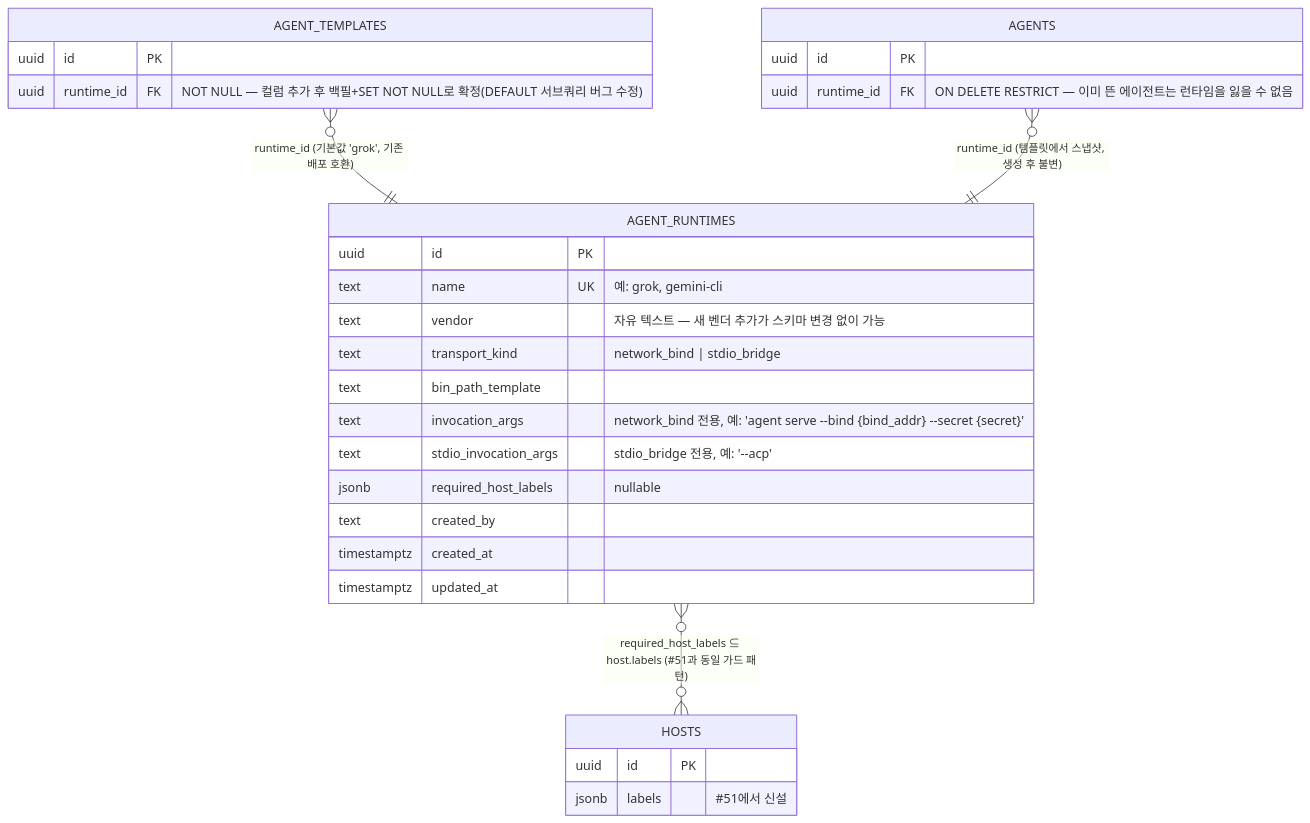
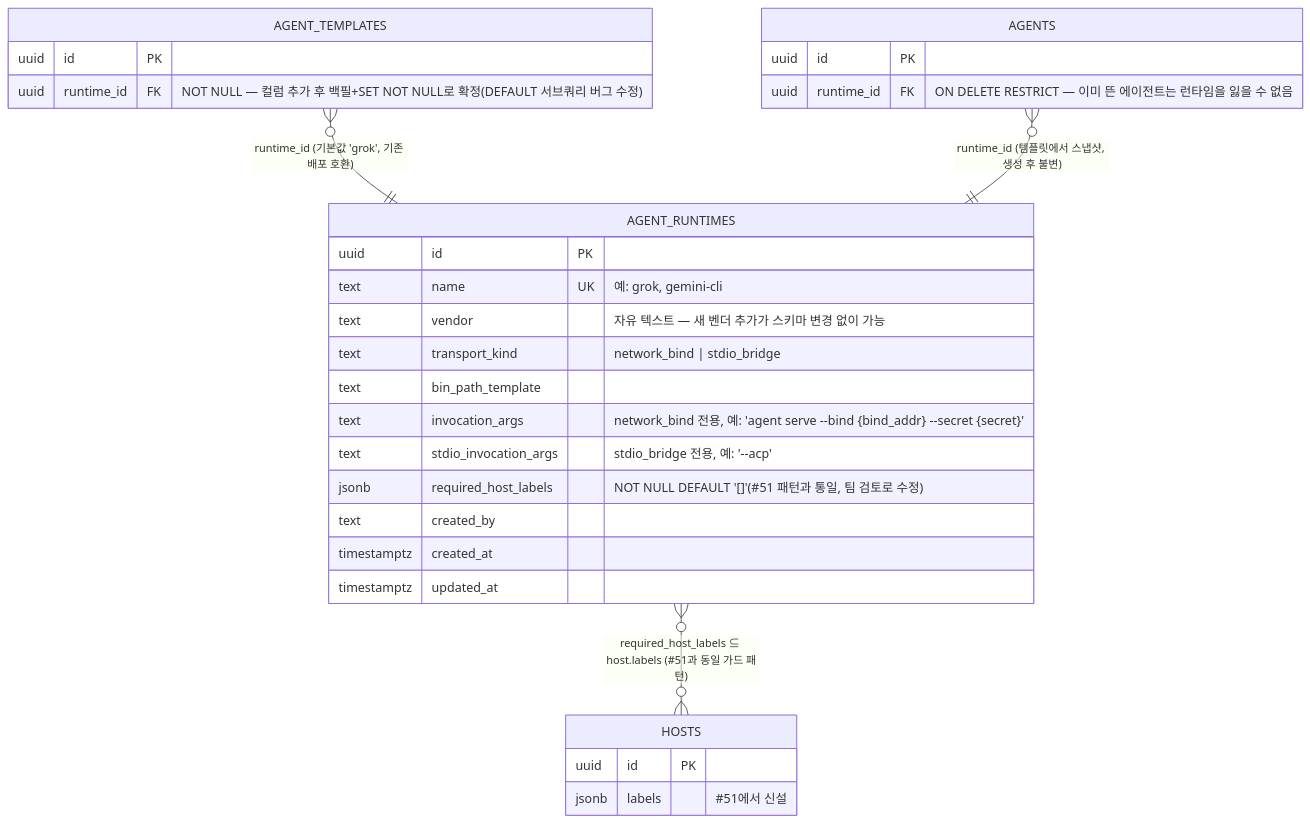
One commit to yarang/grok-fleet-orchestrator changed the diagram in docs/assets/diagrams/architecture/agent-runtime-data-model.mermaid. Above: the diagram before and after it, drawn with Mermaid. The commit also changed 17 other files, not shown here.

First line of the commit message:
docs: index #48~#52 architectures, resolve broken links and lint discrepancies

```diff
--- a/docs/assets/diagrams/architecture/agent-runtime-data-model.mermaid
+++ b/docs/assets/diagrams/architecture/agent-runtime-data-model.mermaid
@@ -1,35 +1,35 @@
 erDiagram
     %% 기존 엔티티(#48/#49/#51)는 이 신규 확장과 맞닿는 최소 필드만 표시.
 
     AGENT_TEMPLATES }o--|| AGENT_RUNTIMES : "runtime_id (기본값 'grok', 기존 배포 호환)"
     AGENTS }o--|| AGENT_RUNTIMES : "runtime_id (템플릿에서 스냅샷, 생성 후 불변)"
     AGENT_RUNTIMES }o--o{ HOSTS : "required_host_labels ⊆ host.labels (#51과 동일 가드 패턴)"
 
     AGENT_RUNTIMES {
         uuid id PK
         text name UK "예: grok, gemini-cli"
         text vendor "자유 텍스트 — 새 벤더 추가가 스키마 변경 없이 가능"
         text transport_kind "network_bind | stdio_bridge"
         text bin_path_template
         text invocation_args "network_bind 전용, 예: 'agent serve --bind {bind_addr} --secret {secret}'"
         text stdio_invocation_args "stdio_bridge 전용, 예: '--acp'"
-        jsonb required_host_labels "nullable"
+        jsonb required_host_labels "NOT NULL DEFAULT '[]'(#51 패턴과 통일, 팀 검토로 수정)"
         text created_by
         timestamptz created_at
         timestamptz updated_at
     }
 
     AGENT_TEMPLATES {
         uuid id PK
         uuid runtime_id FK "NOT NULL — 컬럼 추가 후 백필+SET NOT NULL로 확정(DEFAULT 서브쿼리 버그 수정)"
     }
 
     AGENTS {
         uuid id PK
         uuid runtime_id FK "ON DELETE RESTRICT — 이미 뜬 에이전트는 런타임을 잃을 수 없음"
     }
 
     HOSTS {
         uuid id PK
         jsonb labels "#51에서 신설"
     }
```
